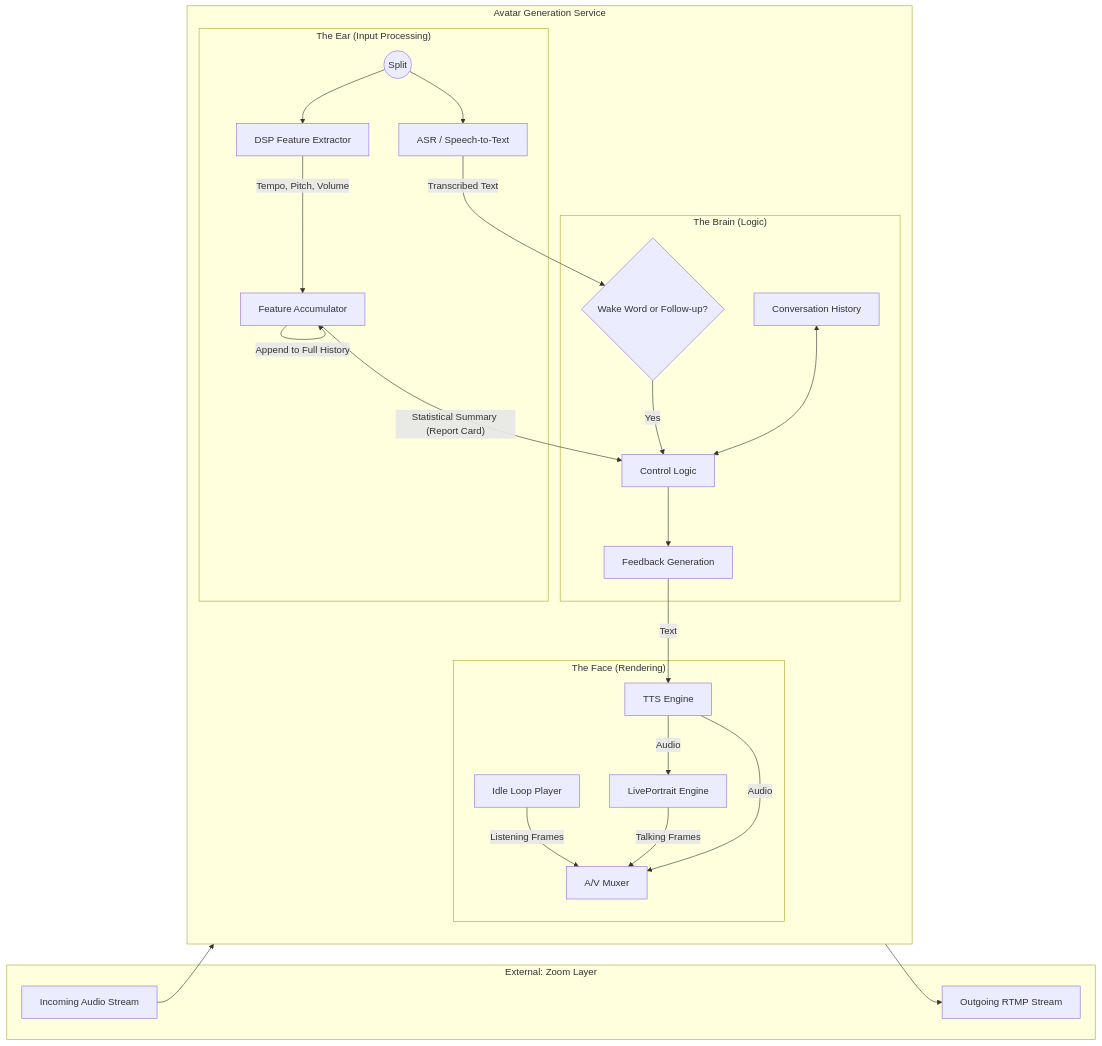
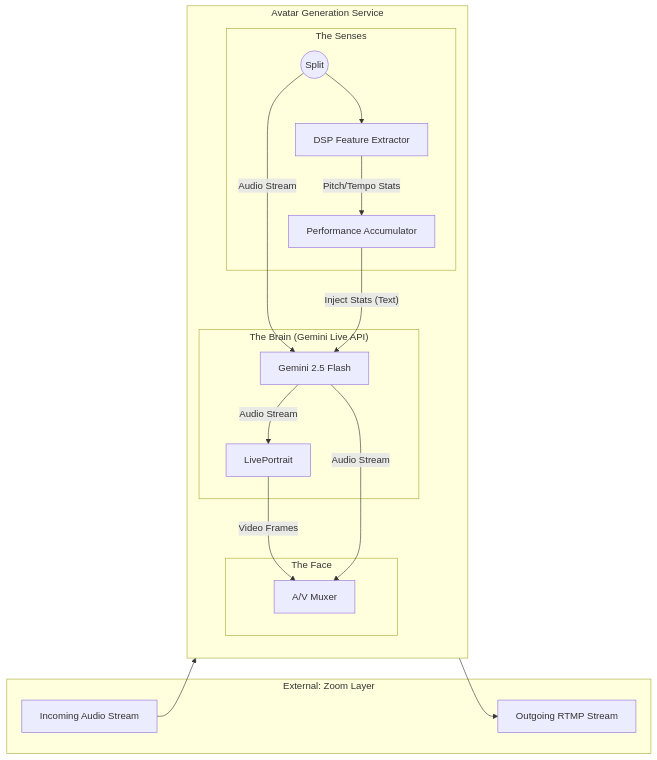
One commit to YueMenaYang/MusicNBrain-RealtimeAvatar changed the diagram in design.md. Above: the diagram before and after it, drawn with Mermaid. The commit also changed other lines of this file, not shown here.

Commit message:
Revise design document for avatar generation service
Updated the design document to reflect changes in versioning and processing components.

````diff
--- a/design.md
+++ b/design.md
@@ -27,43 +27,35 @@
 ```mermaid
 graph LR
     subgraph "External: Zoom Layer"
         Z_IN[Incoming Audio Stream]
         Z_OUT[Outgoing RTMP Stream]
     end
 
     subgraph "Avatar Generation Service"
         direction TB
         
-        subgraph "The Ear (Input Processing)"
+        subgraph "The Senses"
             SPLIT((Split))
             DSP[DSP Feature Extractor]
-            ASR[ASR / Speech-to-Text]
-            ACC[Feature Accumulator]
+            ACC[Performance Accumulator]
             
             SPLIT --> DSP
-            SPLIT --> ASR
-            DSP -- "Tempo, Pitch, Volume" --> ACC
-            ACC -- "Append to Full History" --> ACC
+            DSP -- "Pitch/Tempo Stats" --> ACC
         end
 
-        subgraph "The Brain (Logic)"
-            ASR -- "Transcribed Text" --> INTENT{Wake Word or Follow-up?}
-            INTENT -- "Yes" --> CTRL[Control Logic]
-            ACC -- "Statistical Summary (Report Card)" --> CTRL
-            MEM[Conversation History] <--> CTRL
-            CTRL --> LLM[Feedback Generation]
+        subgraph "The Brain (Gemini Live API)"
+            SPLIT -- "Audio Stream" --> GEM[Gemini 2.5 Flash]
+            ACC -- "Inject Stats (Text)" --> GEM
+            GEM -- "Audio Stream" --> LIP[LivePortrait]
         end
 
-        subgraph "The Face (Rendering)"
-            LLM -- "Text" --> TTS[TTS Engine]
-            TTS -- "Audio" --> LIP[LivePortrait Engine]
-            IDLE[Idle Loop Player] -- "Listening Frames" --> MUX
-            LIP -- "Talking Frames" --> MUX
-            TTS -- "Audio" --> MUX[A/V Muxer]
+        subgraph "The Face"
+            LIP -- "Video Frames" --> MUX[A/V Muxer]
+            GEM -- "Audio Stream" --> MUX
         end
 
         Z_IN --> SPLIT
         MUX --> Z_OUT
     end
 
 ```
````
